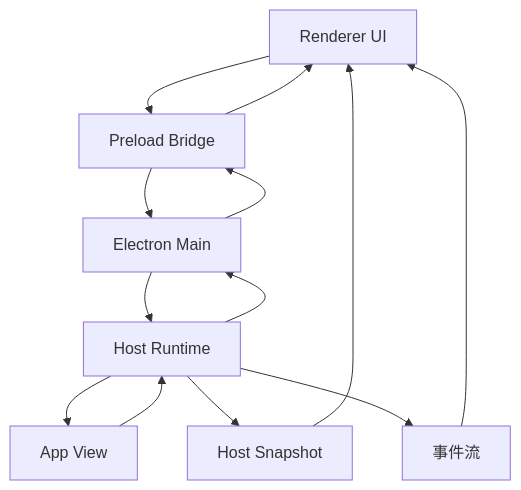
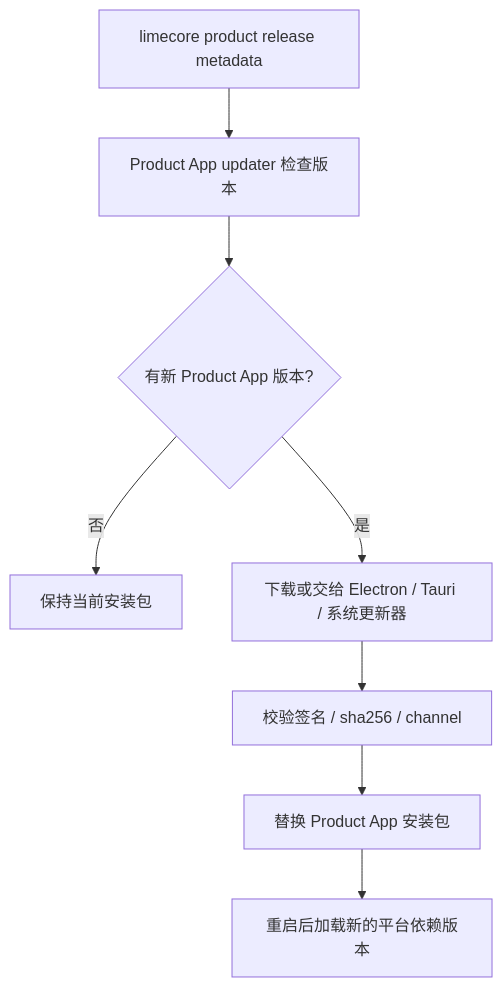
One commit to limecloud/lime-desktop-platform changed the tenth of 20 diagrams in docs/v1/architecture-diagrams.md. Above: the diagram before and after it, drawn with Mermaid. The commit also changed other lines of this file and 85 other files, not shown here.

````diff
--- a/docs/v1/architecture-diagrams.md
+++ b/docs/v1/architecture-diagrams.md
@@ -177,17 +319,10 @@
 ```mermaid
 flowchart TD
-  Renderer[Renderer UI] --> Preload[Preload Bridge]
-  Preload --> Main[Electron Main]
-  Main --> Runtime[Host Runtime]
-  Runtime --> AppView[App View]
-
-  AppView --> Runtime
-  Runtime --> Main
-  Main --> Preload
-  Preload --> Renderer
-
-  Runtime --> Snapshot[Host Snapshot]
-  Runtime --> Events[事件流]
-  Snapshot --> Renderer
-  Events --> Renderer
+  ProductMeta[limecore product release metadata] --> ProductCheck[Product App updater 检查版本]
+  ProductCheck --> ProductHas{有新 Product App 版本?}
+  ProductHas -- 否 --> ProductReady[保持当前安装包]
+  ProductHas -- 是 --> ProductDownload[下载或交给 Electron / Tauri / 系统更新器]
+  ProductDownload --> ProductVerify[校验签名 / sha256 / channel]
+  ProductVerify --> ProductApply[替换 Product App 安装包]
+  ProductApply --> ProductRestart[重启后加载新的平台依赖版本]
 ```
````
